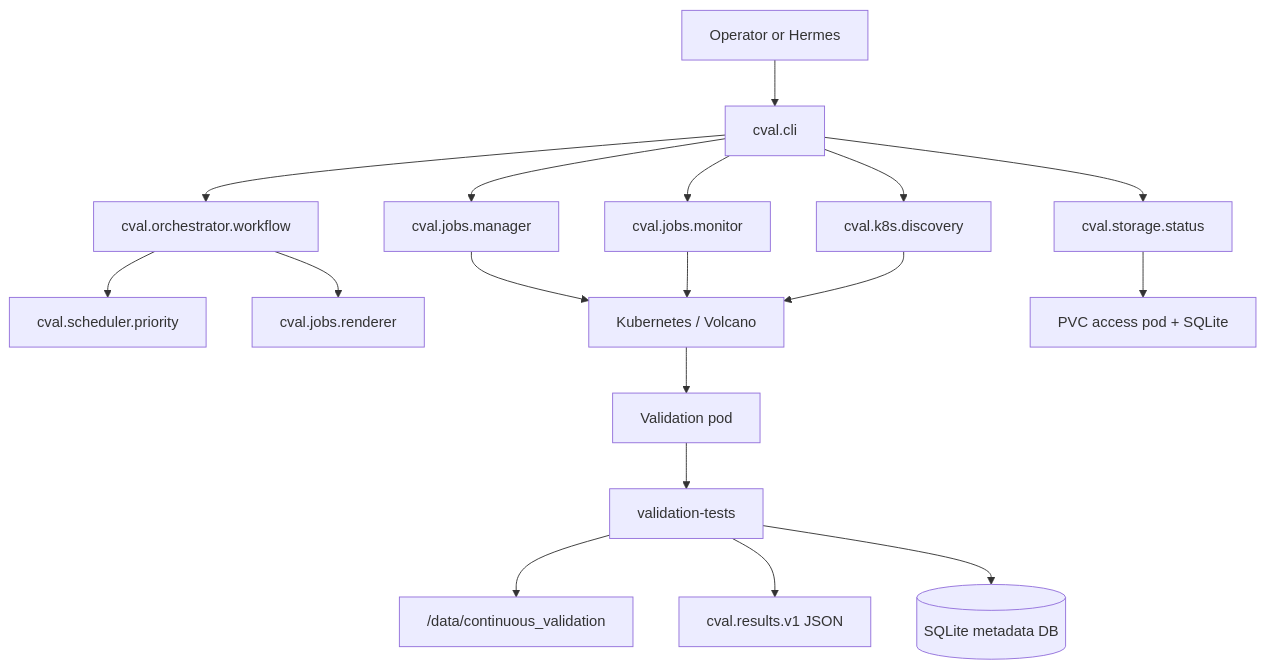
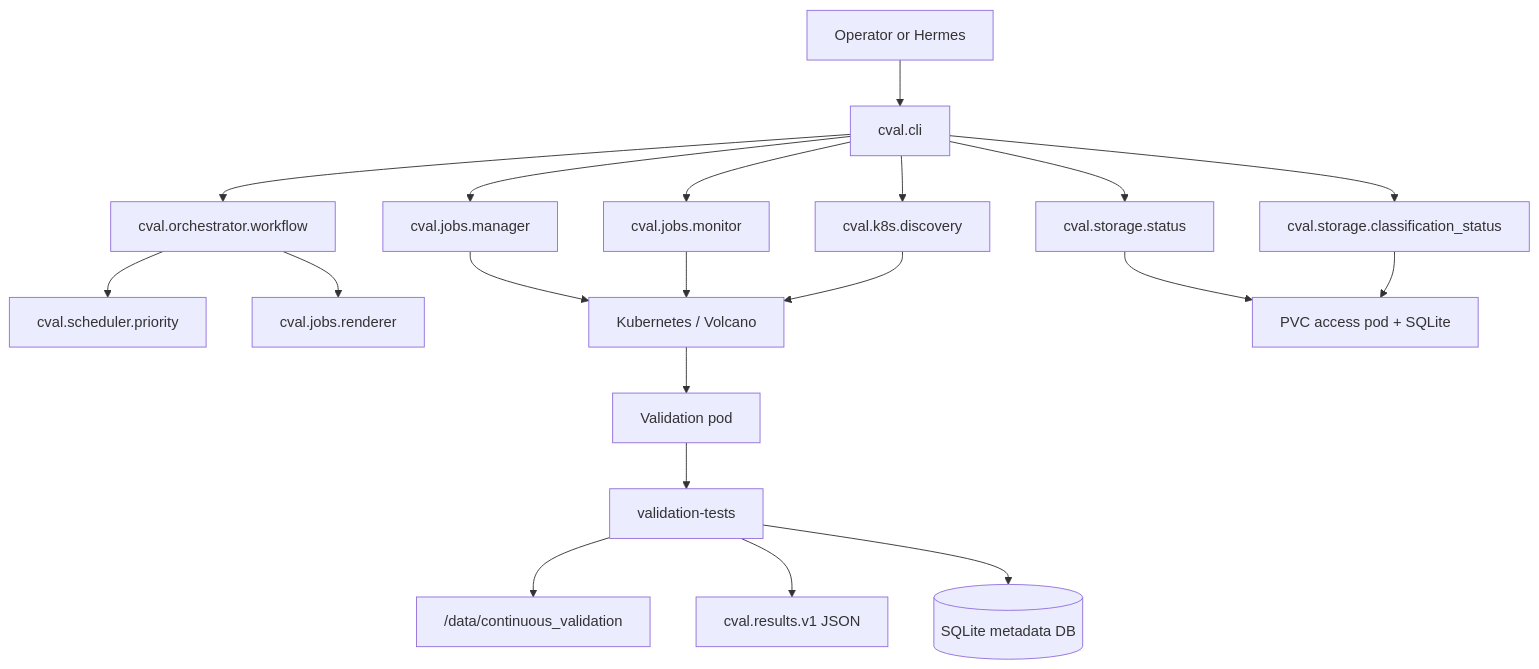
One commit to IamNirmata/c-val changed the diagram in docs/architecture.md. Above: the diagram before and after it, drawn with Mermaid. The commit also changed other lines of this file and 20 other files, not shown here.

````diff
--- a/docs/architecture.md
+++ b/docs/architecture.md
@@ -9,20 +9,22 @@
 ```mermaid
 flowchart TB
     Operator["Operator or Hermes"] --> CLI["cval.cli"]
     CLI --> Discovery["cval.k8s.discovery"]
     CLI --> Status["cval.storage.status"]
+    CLI --> ClassStatus["cval.storage.classification_status"]
     CLI --> Workflow["cval.orchestrator.workflow"]
     Workflow --> Priority["cval.scheduler.priority"]
     Workflow --> Renderer["cval.jobs.renderer"]
     CLI --> Manager["cval.jobs.manager"]
     CLI --> Monitor["cval.jobs.monitor"]
     Manager --> Kube["Kubernetes / Volcano"]
     Monitor --> Kube
     Discovery --> Kube
     Status --> PVC["PVC access pod + SQLite"]
+    ClassStatus --> PVC
     Kube --> ValidationPod["Validation pod"]
     ValidationPod --> Scripts["validation-tests"]
     Scripts --> Artifacts["/data/continuous_validation"]
     Scripts --> ResultJson["cval.results.v1 JSON"]
     Scripts --> DB[(SQLite metadata DB)]
 ```
````
